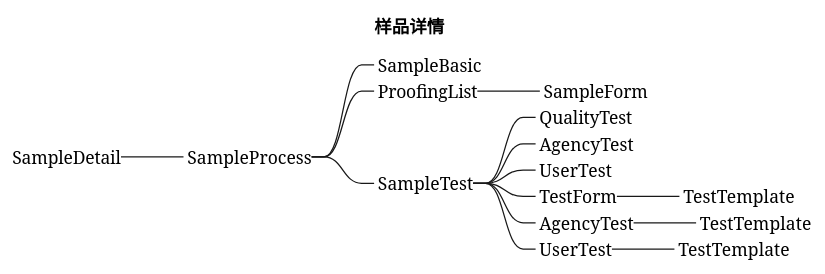
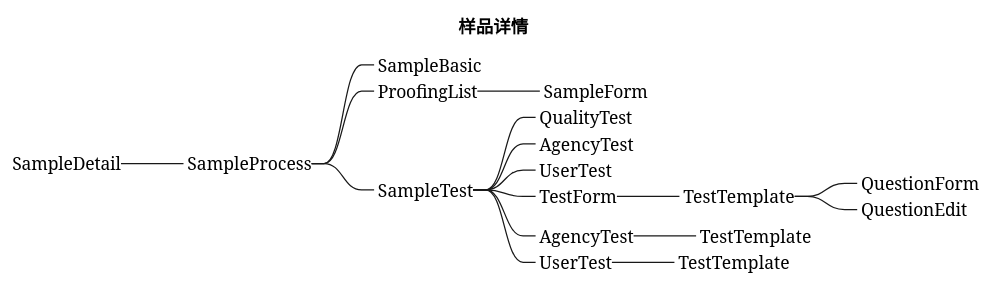
Before and after one commit to futurekidult/product: the second of 2 diagrams in docs/diagram/sample/sample.puml, drawn with PlantUML. The commit also changed 11 other files, not shown here.

```diff
--- a/docs/diagram/sample/sample.puml
+++ b/docs/diagram/sample/sample.puml
@@ -11,19 +11,21 @@
 @startmindmap
 title 样品详情
 
 +_ SampleDetail
 ++_ SampleProcess
 +++_ SampleBasic
 +++_ ProofingList
 ++++_ SampleForm
 +++_ SampleTest
 ++++_ QualityTest
 ++++_ AgencyTest
 ++++_ UserTest
 ++++_ TestForm
 +++++_ TestTemplate
+++++++_ QuestionForm
+++++++_ QuestionEdit
 ++++_ AgencyTest
 +++++_ TestTemplate
 ++++_ UserTest
 +++++_ TestTemplate
 @endmindmap
```
